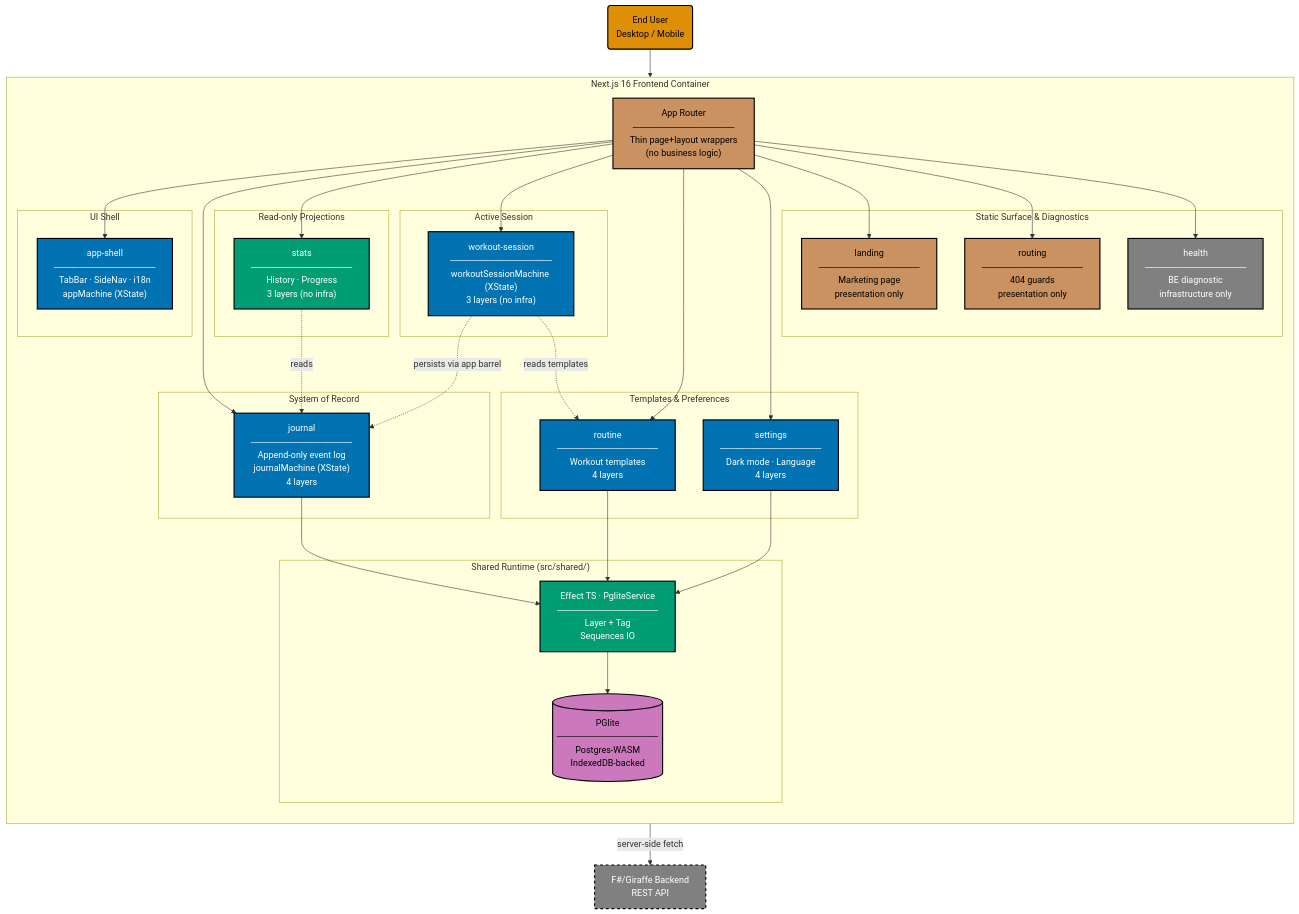
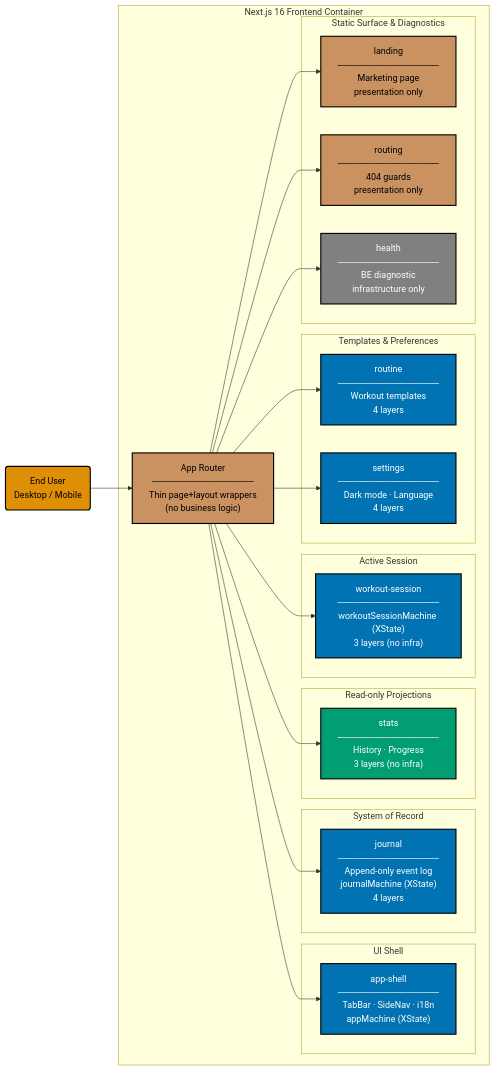
The first of 3 diagrams in specs/apps/organiclever/components/app-web/component-web.md (wahidyankf/baseerah), drawn with Mermaid before and after one commit. The commit also changed other lines of this file and 20 other files, not shown here.

First line of the commit message:
fix(docs): remediate mermaid violations surfaced by the detect_kind fix

````diff
--- a/specs/apps/organiclever/components/app-web/component-web.md
+++ b/specs/apps/organiclever/components/app-web/component-web.md
@@ -26,78 +34,56 @@
 ```mermaid
 %% Color Palette: Blue #0173B2 | Orange #DE8F05 | Teal #029E73 | Purple #CC78BC | Brown #CA9161 | Gray #808080
-graph TD
+graph LR
     EU("End User<br/>Desktop / Mobile"):::actor
 
     subgraph FE["Next.js 16 Frontend Container"]
-        direction TB
 
         ROUTER["App Router<br/>────────────────<br/>Thin page+layout wrappers<br/>(no business logic)"]:::router
 
         subgraph SHELL["UI Shell"]
             APPSHELL["app-shell<br/>────────────────<br/>TabBar · SideNav · i18n<br/>appMachine (XState)"]:::context
         end
 
         subgraph SOR["System of Record"]
             JOURNAL["journal<br/>────────────────<br/>Append-only event log<br/>journalMachine (XState)<br/>4 layers"]:::context_data
         end
 
         subgraph DERIVED["Read-only Projections"]
             STATS["stats<br/>────────────────<br/>History · Progress<br/>3 layers (no infra)"]:::context_ro
         end
 
         subgraph SESSION["Active Session"]
             WORKOUT["workout-session<br/>────────────────<br/>workoutSessionMachine (XState)<br/>3 layers (no infra)"]:::context
         end
 
         subgraph TEMPLATES["Templates &amp; Preferences"]
             ROUTINE["routine<br/>────────────────<br/>Workout templates<br/>4 layers"]:::context_data
             SETTINGS["settings<br/>────────────────<br/>Dark mode · Language<br/>4 layers"]:::context_data
         end
 
         subgraph SURFACE["Static Surface &amp; Diagnostics"]
             LANDING["landing<br/>────────────────<br/>Marketing page<br/>presentation only"]:::context_ui
             ROUTING["routing<br/>────────────────<br/>404 guards<br/>presentation only"]:::context_ui
             HEALTH["health<br/>────────────────<br/>BE diagnostic<br/>infrastructure only"]:::context_infra
         end
-
-        subgraph SHARED["Shared Runtime (src/shared/)"]
-            PGLITE[("PGlite<br/>────────────────<br/>Postgres-WASM<br/>IndexedDB-backed")]:::storage
-            EFFECT["Effect TS · PgliteService<br/>────────────────<br/>Layer + Tag<br/>Sequences IO"]:::runtime
-        end
     end
-
-    BE["F#/Giraffe Backend<br/>REST API"]:::external
 
     EU --> ROUTER
     ROUTER --> APPSHELL
     ROUTER --> JOURNAL
     ROUTER --> STATS
     ROUTER --> WORKOUT
     ROUTER --> ROUTINE
     ROUTER --> SETTINGS
     ROUTER --> LANDING
     ROUTER --> ROUTING
     ROUTER --> HEALTH
 
-    JOURNAL --> EFFECT
-    ROUTINE --> EFFECT
-    SETTINGS --> EFFECT
-    EFFECT --> PGLITE
-
-    STATS -. "reads" .-> JOURNAL
-    WORKOUT -. "persists via app barrel" .-> JOURNAL
-    WORKOUT -. "reads templates" .-> ROUTINE
-
-    HEALTH -- "server-side fetch" --> BE
-
     classDef actor fill:#DE8F05,stroke:#000000,color:#000000,stroke-width:2px
     classDef router fill:#CA9161,stroke:#000000,color:#000000,stroke-width:2px
     classDef context fill:#0173B2,stroke:#000000,color:#FFFFFF,stroke-width:2px
     classDef context_data fill:#0173B2,stroke:#000000,color:#FFFFFF,stroke-width:2px
     classDef context_ro fill:#029E73,stroke:#000000,color:#FFFFFF,stroke-width:2px
     classDef context_ui fill:#CA9161,stroke:#000000,color:#000000,stroke-width:2px
     classDef context_infra fill:#808080,stroke:#000000,color:#FFFFFF,stroke-width:2px
-    classDef runtime fill:#029E73,stroke:#000000,color:#FFFFFF,stroke-width:2px
-    classDef storage fill:#CC78BC,stroke:#000000,color:#000000,stroke-width:2px
-    classDef external fill:#808080,stroke:#000000,color:#FFFFFF,stroke-width:2px,stroke-dasharray:5 5
 ```
````
